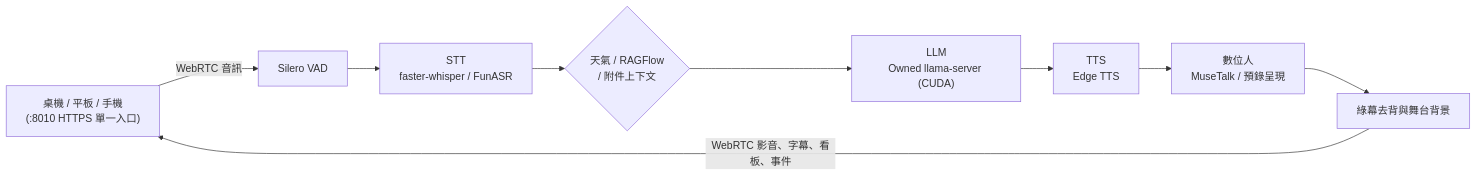
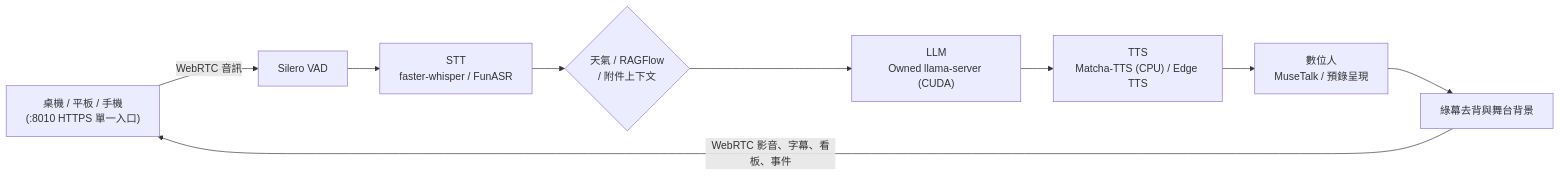
Before and after one commit to s0966066980/nova-avatar: the diagram in README.md, drawn with Mermaid. The commit also changed other lines of this file and 1 other file, not shown here.

Commit message:
docs: sync README with Matcha-TTS workbench and require pre-commit README changelog

````diff
--- a/README.md
+++ b/README.md
@@ -61,11 +67,11 @@
 ```mermaid
 flowchart LR
     Device["桌機 / 平板 / 手機<br/>(:8010 HTTPS 單一入口)"] -->|WebRTC 音訊| VAD["Silero VAD"]
     VAD --> STT["STT<br/>faster-whisper / FunASR"]
     STT --> Gate{"天氣 / RAGFlow<br/>/ 附件上下文"}
     Gate --> LLM["LLM<br/>Owned llama-server (CUDA)"]
-    LLM --> TTS["TTS<br/>Edge TTS"]
+    LLM --> TTS["TTS<br/>Matcha-TTS (CPU) / Edge TTS"]
     TTS --> Avatar["數位人<br/>MuseTalk / 預錄呈現"]
     Avatar --> Scene["綠幕去背與舞台背景"]
     Scene -->|WebRTC 影音、字幕、看板、事件| Device
 ```
````
